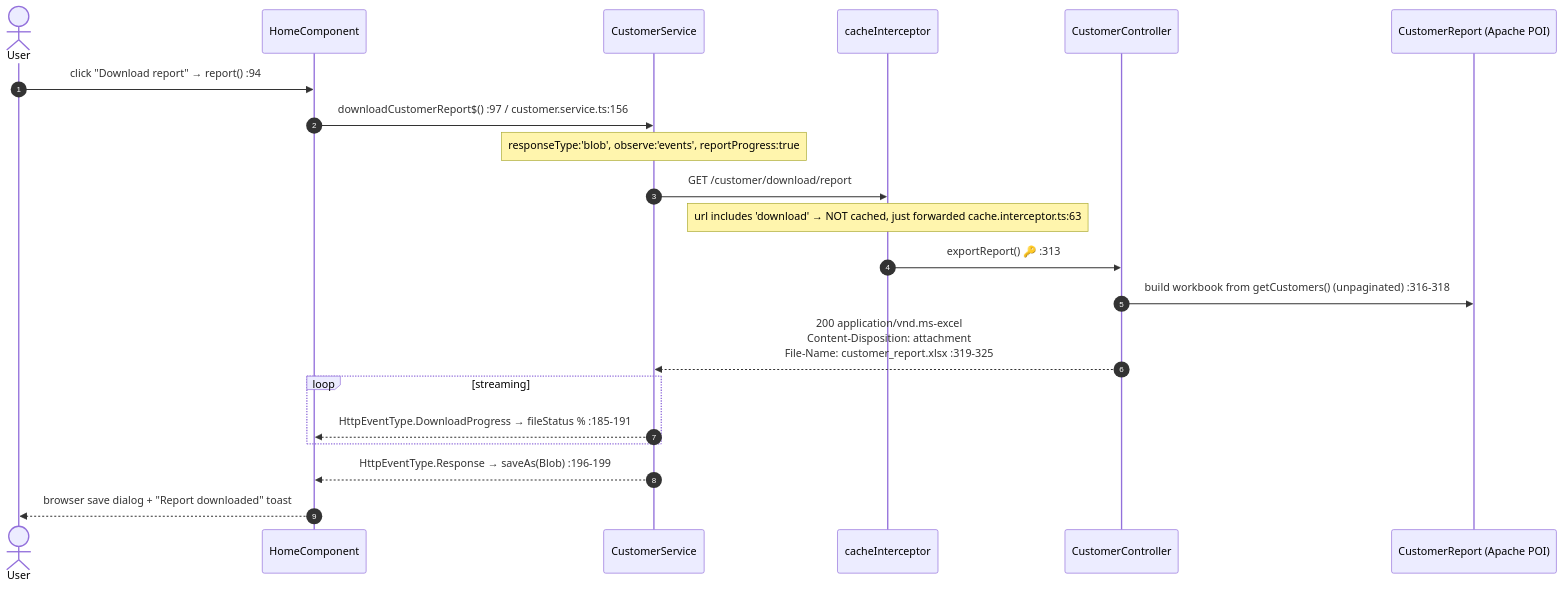
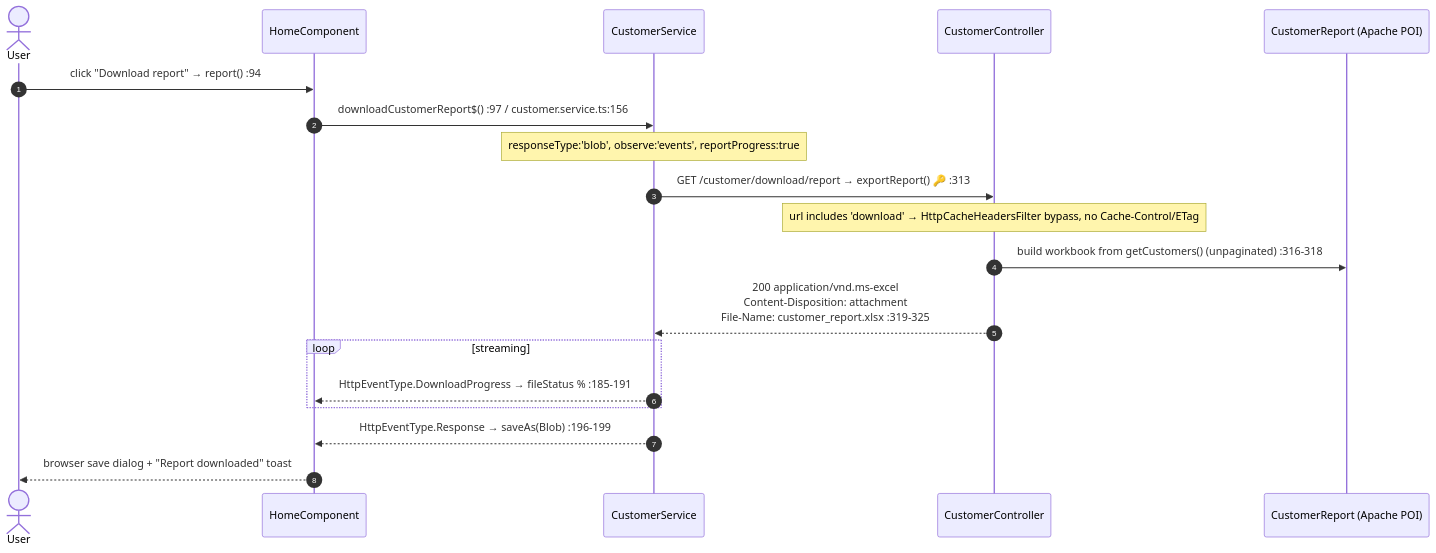
The second of 2 diagrams in documentation/flows/32-dashboard.md (bbobbylon/angularSpringBootFullStack), drawn with Mermaid before and after one commit. The commit also changed other lines of this file and 162 other files, not shown here.

````diff
--- a/documentation/flows/32-dashboard.md
+++ b/documentation/flows/32-dashboard.md
@@ -58,23 +58,21 @@
 ```mermaid
 sequenceDiagram
     autonumber
     actor U as User
     participant CMP as HomeComponent
     participant SVC as CustomerService
-    participant CACHE as cacheInterceptor
     participant CTRL as CustomerController
     participant RPT as CustomerReport (Apache POI)
     U->>CMP: click "Download report" → report()  :94
     CMP->>SVC: downloadCustomerReport$()  :97 / customer.service.ts:156
     Note over SVC: responseType:'blob', observe:'events', reportProgress:true
-    SVC->>CACHE: GET /customer/download/report
-    Note over CACHE: url includes 'download' → NOT cached, just forwarded  cache.interceptor.ts:63
-    CACHE->>CTRL: exportReport()  🔑  :313
+    SVC->>CTRL: GET /customer/download/report → exportReport()  🔑  :313
+    Note over CTRL: url includes 'download' → HttpCacheHeadersFilter bypass, no Cache-Control/ETag
     CTRL->>RPT: build workbook from getCustomers() (unpaginated)  :316-318
     CTRL-->>SVC: 200 application/vnd.ms-excel<br/>Content-Disposition: attachment<br/>File-Name: customer_report.xlsx  :319-325
     loop streaming
         SVC-->>CMP: HttpEventType.DownloadProgress → fileStatus %  :185-191
     end
     SVC-->>CMP: HttpEventType.Response → saveAs(Blob)  :196-199
     CMP-->>U: browser save dialog + "Report downloaded" toast
 ```
````
